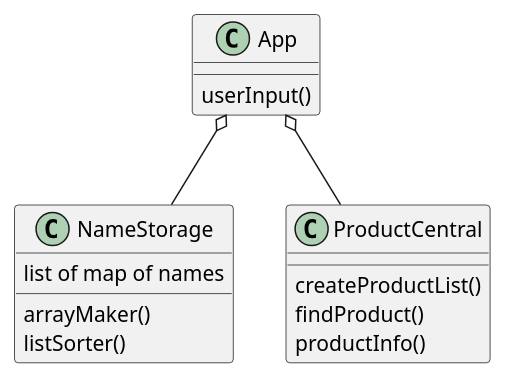
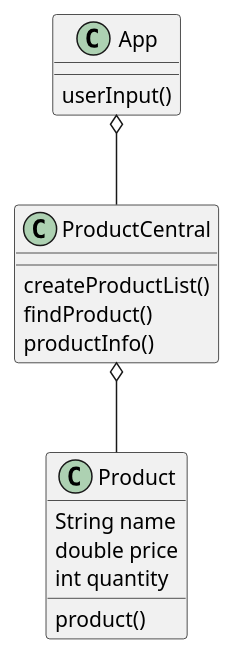
One commit to jgpeachey/Peachey-COP3330-Assignment3 changed the diagram in src/main/java/ex44/base/LayoutEx44.puml. Above: the diagram before and after it, drawn with PlantUML. The commit also changed 8 other files, not shown here.

```diff
--- a/src/main/java/ex44/base/LayoutEx44.puml
+++ b/src/main/java/ex44/base/LayoutEx44.puml
@@ -6,27 +6,28 @@
 @startuml
 'https://plantuml.com/class-diagram
 
 
-App o-- NameStorage
+ProductCentral o-- Product
 App o-- ProductCentral
 
 
 class App {
 
     userInput()
 }
 
 class ProductCentral{
     createProductList()
     findProduct()
     productInfo()
 }
 
-class NameStorage {
-    list of map of names
+class Product {
+    String name
+    double price
+    int quantity
 
-    arrayMaker()
-    listSorter()
+    product()
 }
 
 @enduml
```
